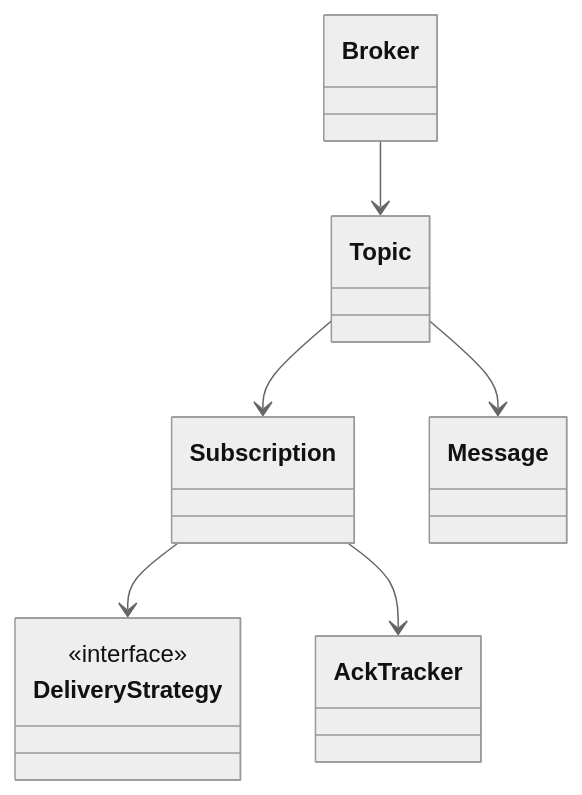
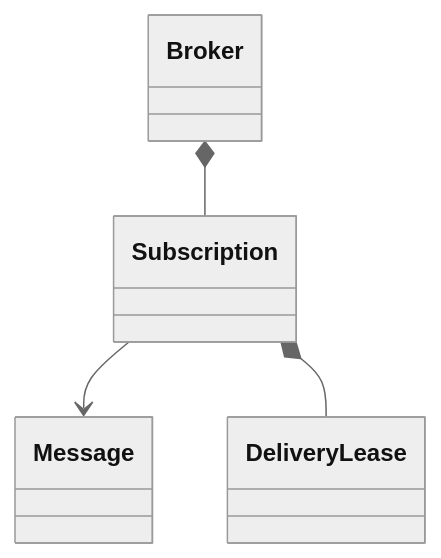
Before and after one commit to Anilinfo2015/anilinfo2015.github.io: the diagram in low-level-design/pub-sub-message-queue.md, drawn with Mermaid (neutral theme). The commit also changed other lines of this file and 58 other files, not shown here.

````diff
--- a/low-level-design/pub-sub-message-queue.md
+++ b/low-level-design/pub-sub-message-queue.md
@@ -61,16 +25,10 @@
 ```mermaid
 classDiagram
     class Broker
-    class Topic
     class Subscription
     class Message
-    class DeliveryStrategy {
-        <<interface>>
-    }
-    class AckTracker
-    Broker --> Topic
-    Topic --> Subscription
-    Subscription --> DeliveryStrategy
-    Subscription --> AckTracker
-    Topic --> Message
+    class DeliveryLease
+    Broker *-- Subscription
+    Subscription --> Message
+    Subscription *-- DeliveryLease
 ```
````
